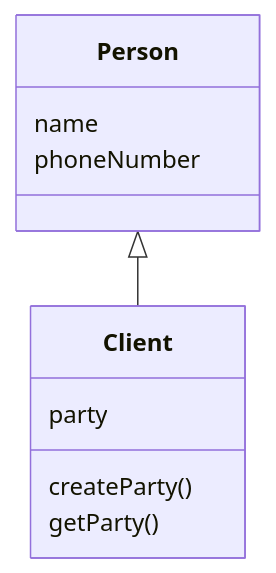
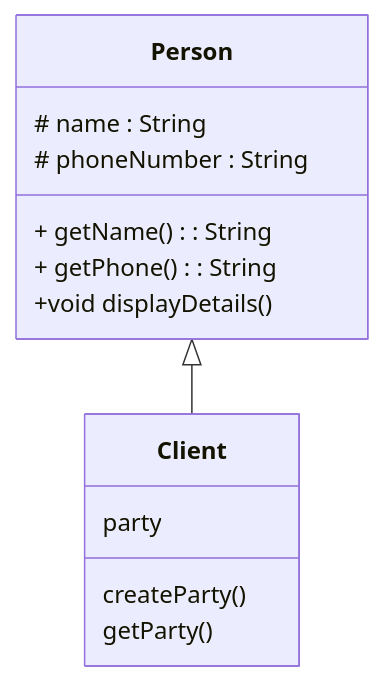
One commit to Aljawharah46/CSC113-project-P1 changed the diagram in README.md. Above: the diagram before and after it, drawn with Mermaid.

````diff
--- a/README.md
+++ b/README.md
@@ -2,15 +2,18 @@
 ```mermaid
 classDiagram
 class Person{
-name
-phoneNumber
+# name : String
+# phoneNumber : String
++ getName() : String
++ getPhone() : String
++void displayDetails()
 }
 
 class Client{
 party
 createParty()
 getParty()
 }
 
 Person <|-- Client
 ```
````
